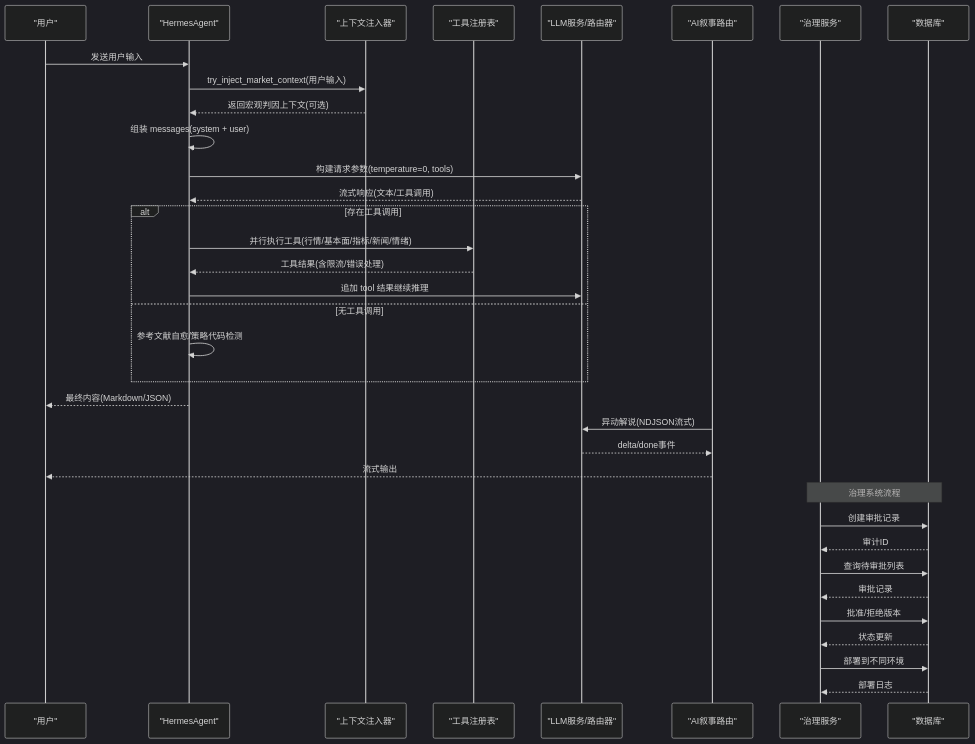
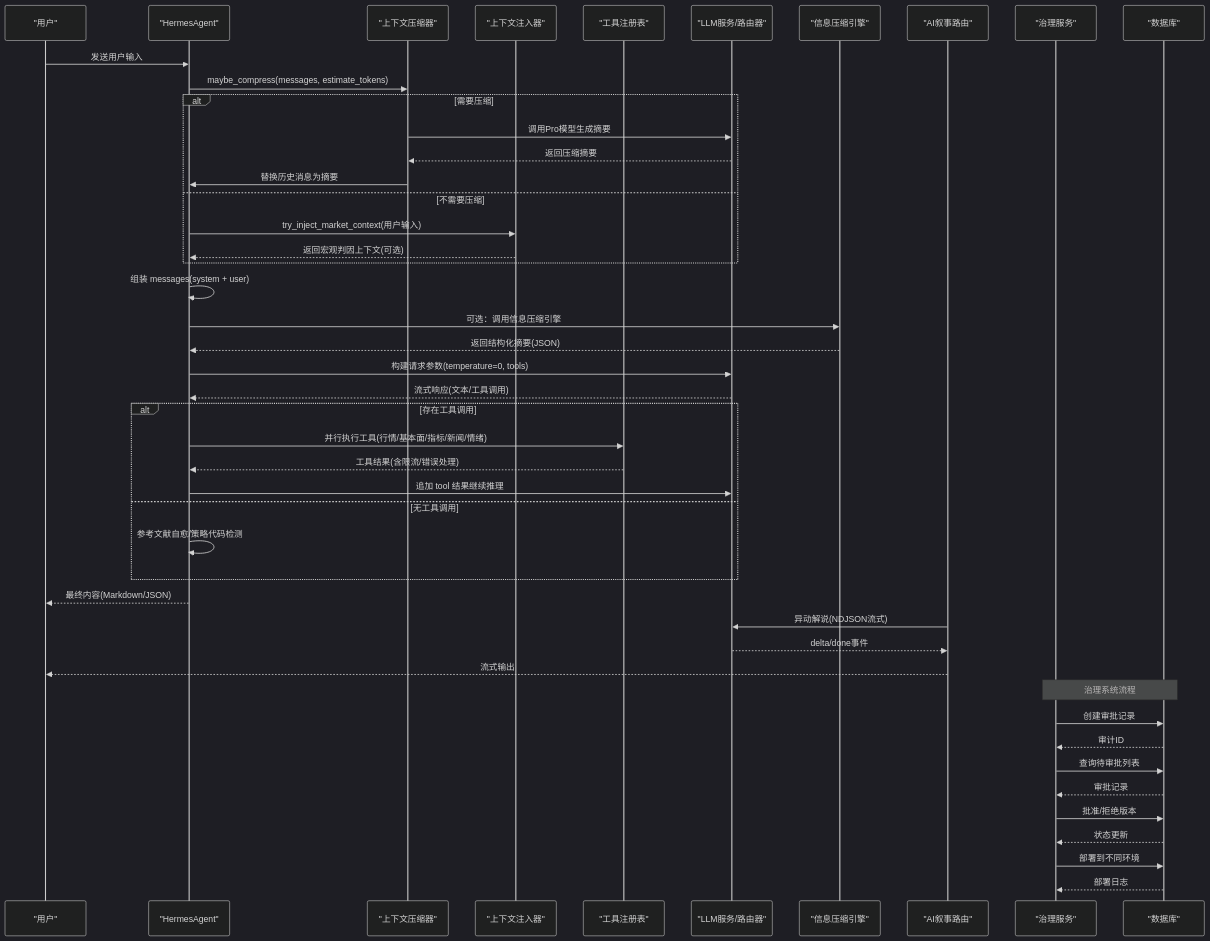
The second of 3 diagrams in .qoder/repowiki/zh/content/AI智能代理系统/提示词工程/提示词工程.md (songlinhe5-lab/quant_agent), drawn with Mermaid (dark theme) before and after one commit. The commit also changed other lines of this file and 296 other files, not shown here.

````diff
--- a/.qoder/repowiki/zh/content/AI智能代理系统/提示词工程/提示词工程.md
+++ b/.qoder/repowiki/zh/content/AI智能代理系统/提示词工程/提示词工程.md
@@ -128,37 +147,48 @@
 ```mermaid
 sequenceDiagram
 participant U as "用户"
 participant AG as "HermesAgent"
+participant CC as "上下文压缩器"
 participant CI as "上下文注入器"
 participant TR as "工具注册表"
 participant LLM as "LLM服务/路由器"
+participant COMP as "信息压缩引擎"
 participant RT as "AI叙事路由"
 participant GOV as "治理服务"
 participant DB as "数据库"
 U->>AG : 发送用户输入
+AG->>CC : maybe_compress(messages, estimate_tokens)
+alt 需要压缩
+CC->>LLM : 调用Pro模型生成摘要
+LLM-->>CC : 返回压缩摘要
+CC->>AG : 替换历史消息为摘要
+else 不需要压缩
 AG->>CI : try_inject_market_context(用户输入)
 CI-->>AG : 返回宏观判因上下文(可选)
+end
 AG->>AG : 组装 messages(system + user)
+AG->>COMP : 可选：调用信息压缩引擎
+COMP-->>AG : 返回结构化摘要(JSON)
 AG->>LLM : 构建请求参数(temperature=0, tools)
 LLM-->>AG : 流式响应(文本/工具调用)
 alt 存在工具调用
 AG->>TR : 并行执行工具(行情/基本面/指标/新闻/情绪)
 TR-->>AG : 工具结果(含限流/错误处理)
 AG->>LLM : 追加 tool 结果继续推理
 else 无工具调用
 AG->>AG : 参考文献自愈/策略代码检测
 end
 AG-->>U : 最终内容(Markdown/JSON)
 RT->>LLM : 异动解说(NDJSON流式)
 LLM-->>RT : delta/done事件
 RT-->>U : 流式输出
 Note over GOV,DB : 治理系统流程
 GOV->>DB : 创建审批记录
 DB-->>GOV : 审计ID
 GOV->>DB : 查询待审批列表
 DB-->>GOV : 审批记录
 GOV->>DB : 批准/拒绝版本
 DB-->>GOV : 状态更新
 GOV->>DB : 部署到不同环境
 DB-->>GOV : 部署日志
 ```
````
